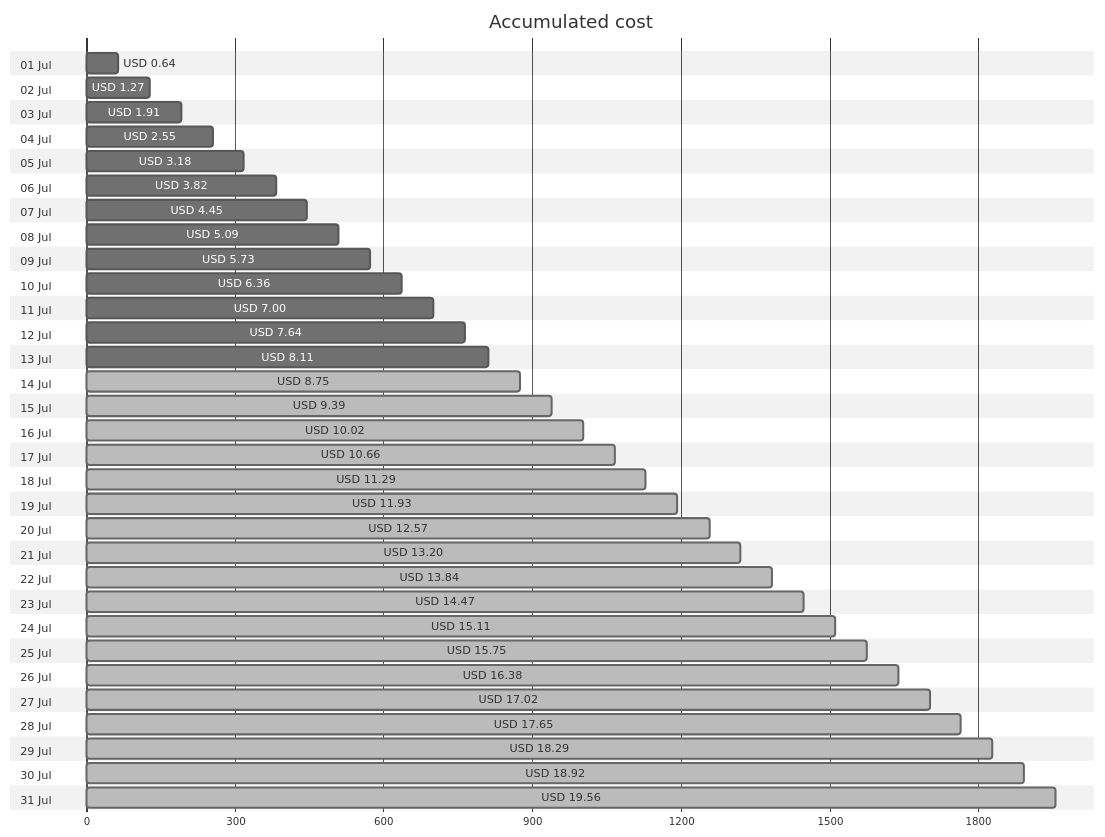
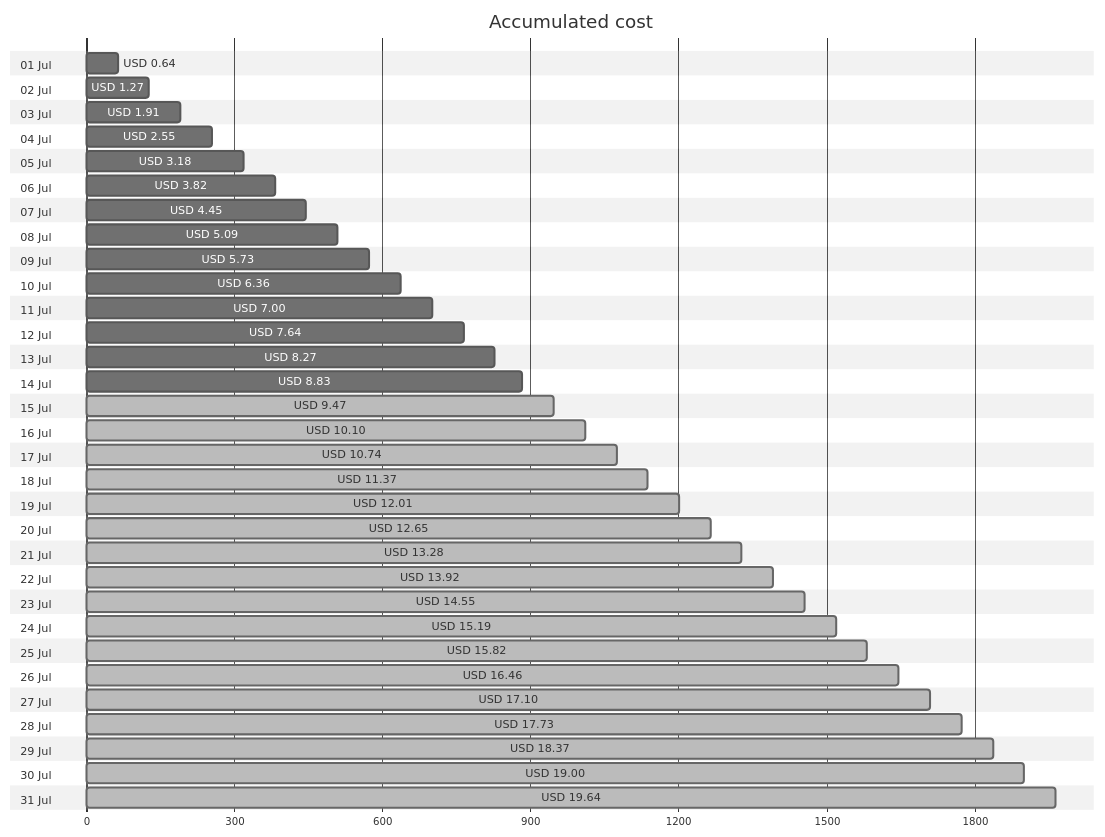
One commit to jpfulton/azure-personal-reports changed the first of 4 diagrams in cost-reports/accumulated-cost.md. Above: the diagram before and after it, drawn with Mermaid (neutral theme). The commit also changed other lines of this file and 4 other files, not shown here.

````diff
--- a/cost-reports/accumulated-cost.md
+++ b/cost-reports/accumulated-cost.md
@@ -20,68 +20,68 @@
 ```mermaid
 gantt
    title Accumulated cost
    dateFormat  X
    axisFormat %s
    section 01 Jul
    USD 0.64 :0, 64
    section 02 Jul
    USD 1.27 :0, 127
    section 03 Jul
    USD 1.91 :0, 191
    section 04 Jul
    USD 2.55 :0, 255
    section 05 Jul
    USD 3.18 :0, 318
    section 06 Jul
    USD 3.82 :0, 382
    section 07 Jul
    USD 4.45 :0, 445
    section 08 Jul
    USD 5.09 :0, 509
    section 09 Jul
    USD 5.73 :0, 573
    section 10 Jul
    USD 6.36 :0, 636
    section 11 Jul
    USD 7.00 :0, 700
    section 12 Jul
    USD 7.64 :0, 764
    section 13 Jul
-   USD 8.11 :0, 811
+   USD 8.27 :0, 827
    section 14 Jul
-   USD 8.75 : done, 0, 875
+   USD 8.83 :0, 883
    section 15 Jul
-   USD 9.39 : done, 0, 939
+   USD 9.47 : done, 0, 947
    section 16 Jul
-   USD 10.02 : done, 0, 1002
+   USD 10.10 : done, 0, 1010
    section 17 Jul
-   USD 10.66 : done, 0, 1066
+   USD 10.74 : done, 0, 1074
    section 18 Jul
-   USD 11.29 : done, 0, 1129
+   USD 11.37 : done, 0, 1137
    section 19 Jul
-   USD 11.93 : done, 0, 1193
+   USD 12.01 : done, 0, 1201
    section 20 Jul
-   USD 12.57 : done, 0, 1257
+   USD 12.65 : done, 0, 1265
    section 21 Jul
-   USD 13.20 : done, 0, 1320
+   USD 13.28 : done, 0, 1328
    section 22 Jul
-   USD 13.84 : done, 0, 1384
+   USD 13.92 : done, 0, 1392
    section 23 Jul
-   USD 14.47 : done, 0, 1447
+   USD 14.55 : done, 0, 1455
    section 24 Jul
-   USD 15.11 : done, 0, 1511
+   USD 15.19 : done, 0, 1519
    section 25 Jul
-   USD 15.75 : done, 0, 1575
+   USD 15.82 : done, 0, 1582
    section 26 Jul
-   USD 16.38 : done, 0, 1638
+   USD 16.46 : done, 0, 1646
    section 27 Jul
-   USD 17.02 : done, 0, 1702
+   USD 17.10 : done, 0, 1710
    section 28 Jul
-   USD 17.65 : done, 0, 1765
+   USD 17.73 : done, 0, 1773
    section 29 Jul
-   USD 18.29 : done, 0, 1829
+   USD 18.37 : done, 0, 1837
    section 30 Jul
-   USD 18.92 : done, 0, 1892
+   USD 19.00 : done, 0, 1900
    section 31 Jul
-   USD 19.56 : done, 0, 1956
+   USD 19.64 : done, 0, 1964
 ```
````
